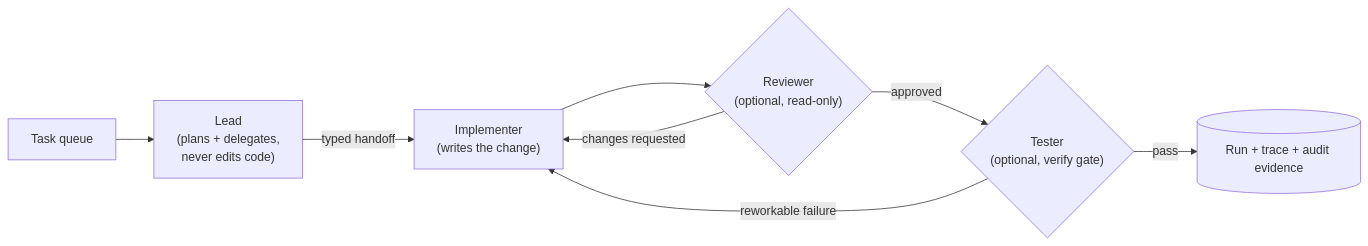
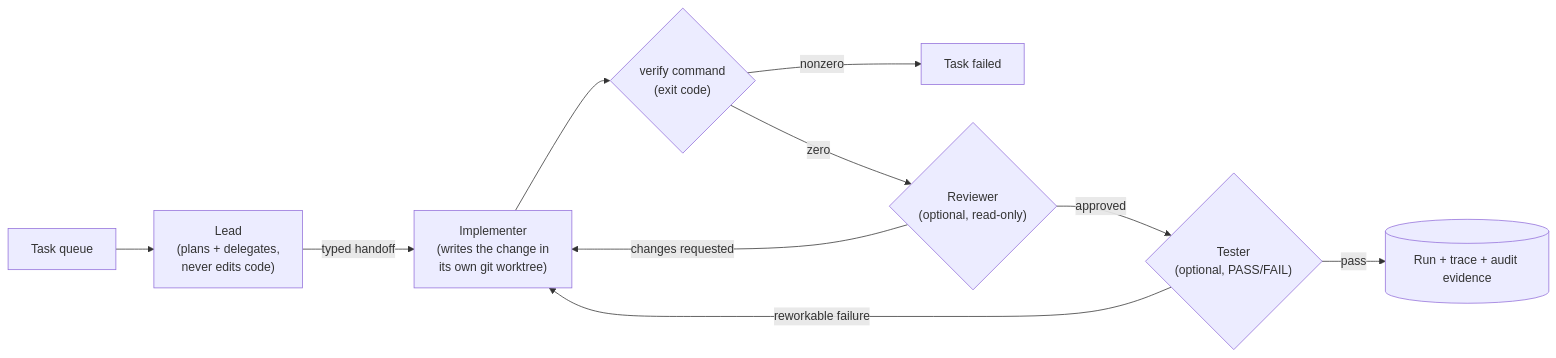
Before and after one commit to yielab/docket: the first of 2 diagrams in README.md, drawn with Mermaid. The commit also changed other lines of this file and 7 other files, not shown here.

````diff
--- a/README.md
+++ b/README.md
@@ -36,10 +36,12 @@
 ```mermaid
 flowchart LR
     Q["Task queue"] --> L["Lead\n(plans + delegates,\nnever edits code)"]
-    L -- "typed handoff" --> I["Implementer\n(writes the change)"]
-    I --> R{"Reviewer\n(optional, read-only)"}
+    L -- "typed handoff" --> I["Implementer\n(writes the change in\nits own git worktree)"]
+    I --> G{"verify command\n(exit code)"}
+    G -- "nonzero" --> F["Task failed"]
+    G -- "zero" --> R{"Reviewer\n(optional, read-only)"}
     R -- "changes requested" --> I
-    R -- "approved" --> T{"Tester\n(optional, verify gate)"}
+    R -- "approved" --> T{"Tester\n(optional, PASS/FAIL)"}
     T -- "reworkable failure" --> I
     T -- "pass" --> V[("Run + trace + audit evidence")]
 ```
````
